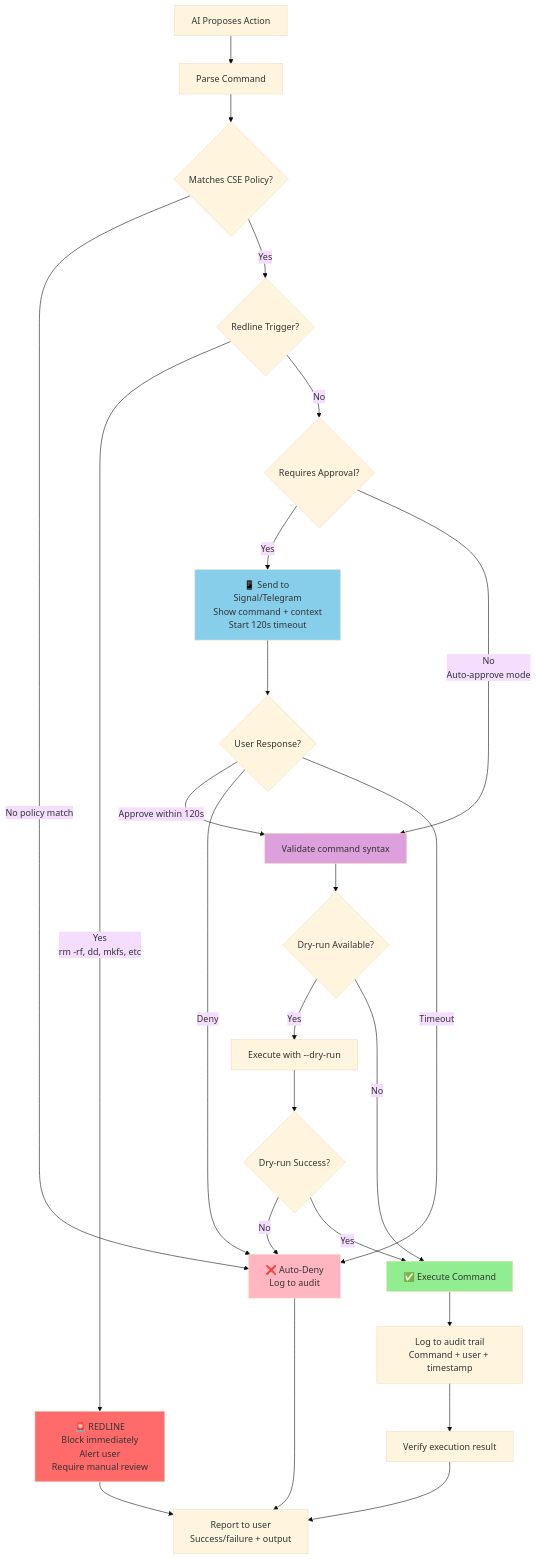
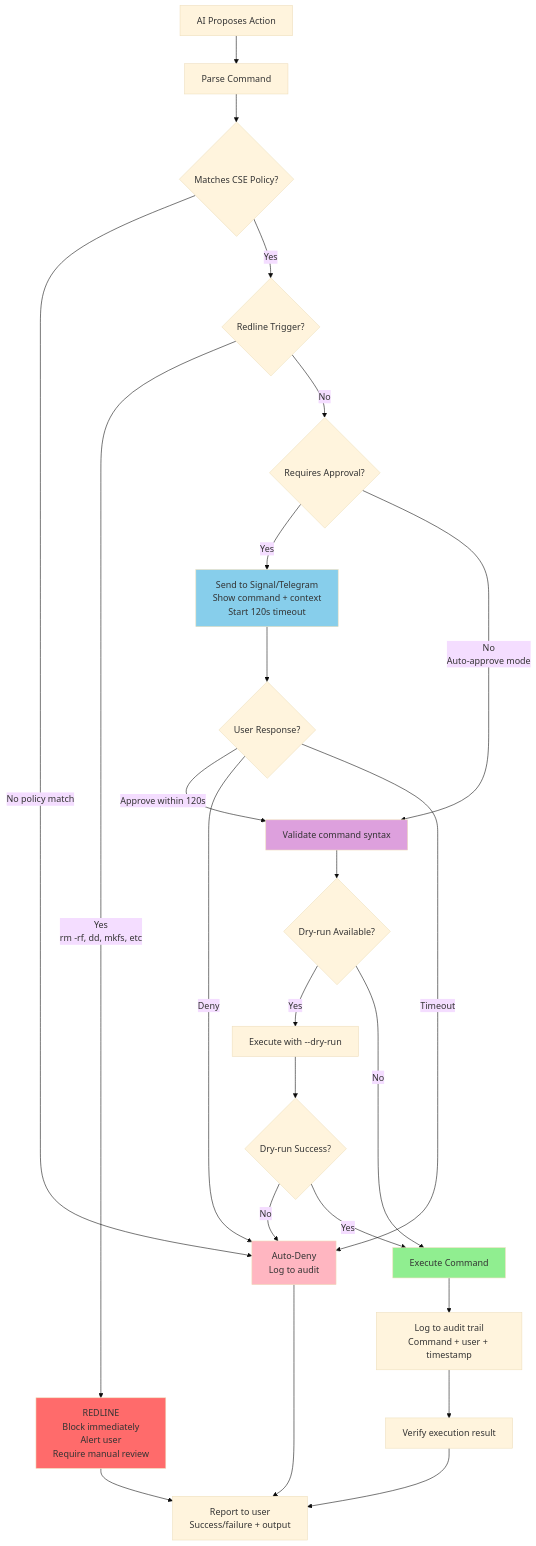
The second of 6 diagrams in docs/architecture/diagrams/README.md (Osezno-byte/AI-Ready-Homelab), drawn with Mermaid (base theme) before and after one commit. The commit also changed other lines of this file and 3 other files, not shown here.

````diff
--- a/docs/architecture/diagrams/README.md
+++ b/docs/architecture/diagrams/README.md
@@ -77,40 +77,40 @@
 ```mermaid
 flowchart TD
     START[AI Proposes Action] --> PARSE[Parse Command]
     PARSE --> CHECK_POLICY{Matches CSE Policy?}
 
-    CHECK_POLICY -->|No policy match| DENY[❌ Auto-Deny<br/>Log to audit]
+    CHECK_POLICY -->|No policy match| DENY[ Auto-Deny<br/>Log to audit]
     CHECK_POLICY -->|Yes| CHECK_REDLINE{Redline Trigger?}
 
-    CHECK_REDLINE -->|Yes<br/>rm -rf, dd, mkfs, etc| REDLINE[🚨 REDLINE<br/>Block immediately<br/>Alert user<br/>Require manual review]
+    CHECK_REDLINE -->|Yes<br/>rm -rf, dd, mkfs, etc| REDLINE[ REDLINE<br/>Block immediately<br/>Alert user<br/>Require manual review]
     CHECK_REDLINE -->|No| CHECK_APPROVAL{Requires Approval?}
 
-    CHECK_APPROVAL -->|Yes| NOTIFY[📱 Send to Signal/Telegram<br/>Show command + context<br/>Start 120s timeout]
+    CHECK_APPROVAL -->|Yes| NOTIFY[ Send to Signal/Telegram<br/>Show command + context<br/>Start 120s timeout]
     CHECK_APPROVAL -->|No<br/>Auto-approve mode| VALIDATE[Validate command syntax]
 
     NOTIFY --> WAIT{User Response?}
     WAIT -->|Approve within 120s| VALIDATE
     WAIT -->|Deny| DENY
     WAIT -->|Timeout| DENY
 
     VALIDATE --> CHECK_DRY{Dry-run Available?}
     CHECK_DRY -->|Yes| DRY_RUN[Execute with --dry-run]
     CHECK_DRY -->|No| EXECUTE
 
     DRY_RUN --> DRY_CHECK{Dry-run Success?}
     DRY_CHECK -->|No| DENY
-    DRY_CHECK -->|Yes| EXECUTE[✅ Execute Command]
+    DRY_CHECK -->|Yes| EXECUTE[ Execute Command]
 
     EXECUTE --> LOG[Log to audit trail<br/>Command + user + timestamp]
     LOG --> VERIFY[Verify execution result]
     VERIFY --> REPORT[Report to user<br/>Success/failure + output]
 
     DENY --> REPORT
     REDLINE --> REPORT
 
     style REDLINE fill:#FF6B6B
     style DENY fill:#FFB6C1
     style EXECUTE fill:#90EE90
     style NOTIFY fill:#87CEEB
     style VALIDATE fill:#DDA0DD
 ```
````
